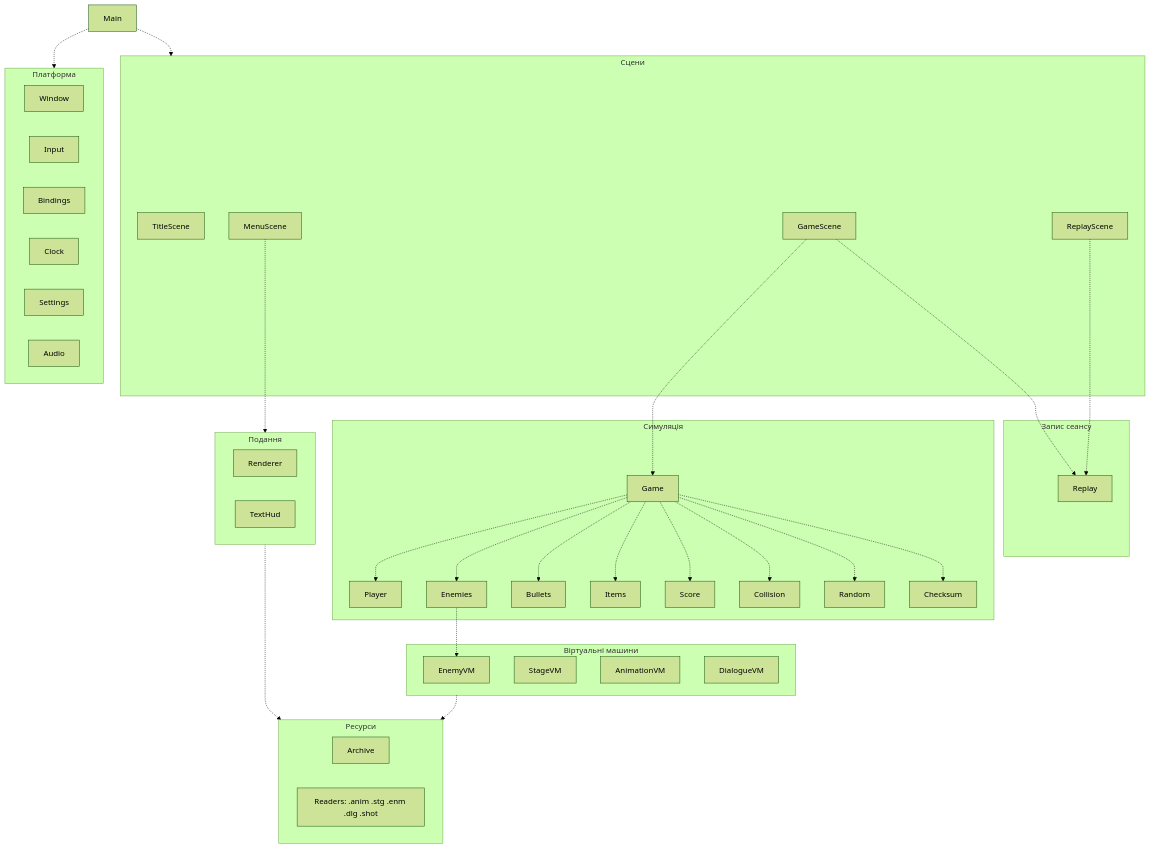
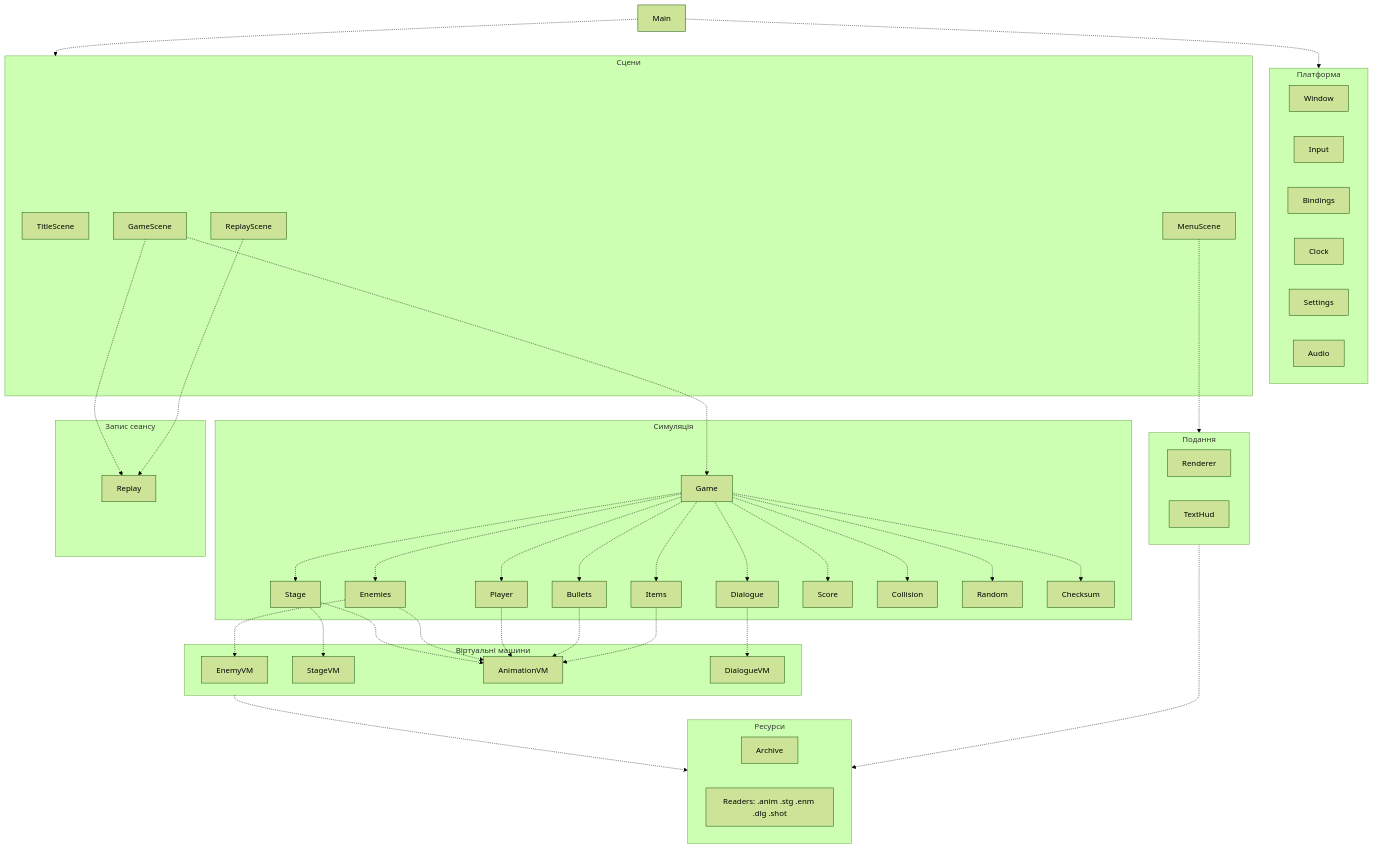
The third of 3 diagrams in docs/2_design.md (kostenuksoft/th-esis), drawn with Mermaid (forest theme) before and after one commit. The commit also changed other lines of this file and 2 other files, not shown here.

Commit message:
fix: give each script VM to the entity that runs it

````diff
--- a/docs/2_design.md
+++ b/docs/2_design.md
@@ -119,56 +119,61 @@
 ```mermaid
 flowchart TB
     main["Main"]
     subgraph platform["Платформа"]
         window["Window"]
         input["Input"]
         bindings["Bindings"]
         clock["Clock"]
         settings["Settings"]
         audio["Audio"]
     end
     subgraph scenes["Сцени"]
         title["TitleScene"]
         menu["MenuScene"]
         gamescene["GameScene"]
         replayscene["ReplayScene"]
     end
     subgraph simulation["Симуляція"]
         game["Game"]
+        stage["Stage"]
+        dialogue["Dialogue"]
         player["Player"]
         enemies["Enemies"]
         bullets["Bullets"]
         items["Items"]
         score["Score"]
         collision["Collision"]
         random["Random"]
         checksum["Checksum"]
     end
     subgraph recording["Запис сеансу"]
         replay["Replay"]
     end
     subgraph vms["Віртуальні машини"]
         enemyvm["EnemyVM"]
         stagevm["StageVM"]
         animvm["AnimationVM"]
         dialoguevm["DialogueVM"]
     end
     subgraph presentation["Подання"]
         renderer["Renderer"]
         texthud["TextHud"]
     end
     subgraph resources["Ресурси"]
         archive["Archive"]
         readers["Readers: .anim .stg .enm .dlg .shot"]
     end
     main -.-> platform
     main -.-> scenes
     gamescene -.-> game
     gamescene -.-> replay
     replayscene -.-> replay
-    game -.-> player & enemies & bullets & items & score & collision & random & checksum
-    enemies -.-> enemyvm
+    game -.-> stage & dialogue & player & enemies & bullets & items & score & collision & random & checksum
+    stage -.-> stagevm & animvm
+    dialogue -.-> dialoguevm
+    enemies -.-> enemyvm & animvm
+    player & bullets & items -.-> animvm
     menu -.-> presentation
     vms -.-> resources
     presentation -.-> resources
 ```
````
